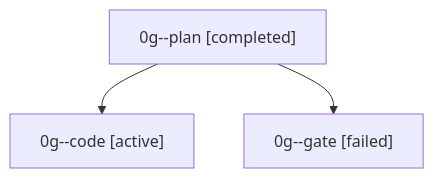
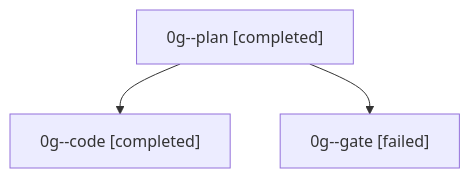
The diagram in sessions/bbugyi200.kellys_mbp.0g.md (sase-org/sase--agents), drawn with Mermaid before and after one commit. The commit also changed other lines of this file and 26 other files, not shown here.

````diff
--- a/sessions/bbugyi200.kellys_mbp.0g.md
+++ b/sessions/bbugyi200.kellys_mbp.0g.md
@@ -9,8 +9,8 @@
 ```mermaid
 flowchart TD
   n0["0g--plan [completed]"]
-  n1["0g--code [active]"]
+  n1["0g--code [completed]"]
   n0 --> n1
   n2["0g--gate [failed]"]
   n0 --> n2
 ```
````
